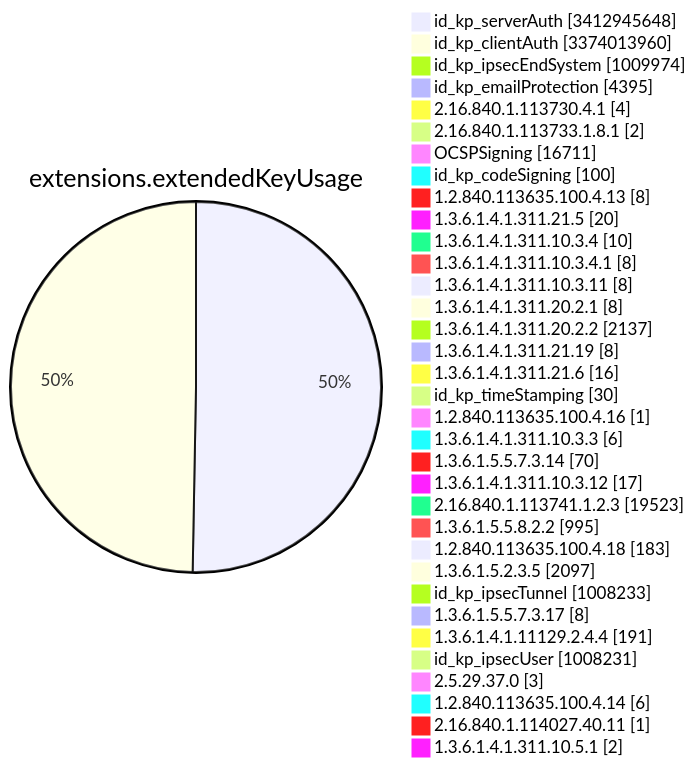
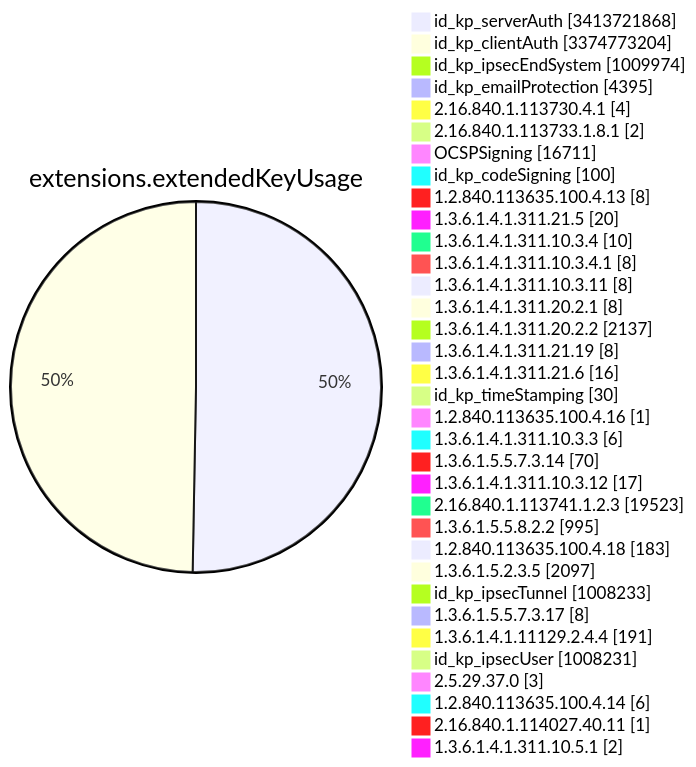
Before and after one commit to christiankrug/ctmonitor_visualization: diagram 11 of 15 in TOTAL/README.md, drawn with Mermaid. The commit also changed other lines of this file, not shown here.

````diff
--- a/TOTAL/README.md
+++ b/TOTAL/README.md
@@ -4121,38 +4121,38 @@
 ```mermaid
 pie showData
 title extensions.extendedKeyUsage
-"id_kp_serverAuth" :3412945648
-"id_kp_clientAuth" :3374013960
+"id_kp_serverAuth" :3413721868
+"id_kp_clientAuth" :3374773204
 "id_kp_ipsecEndSystem" :1009974
 "id_kp_emailProtection" :4395
 "2.16.840.1.113730.4.1" :4
 "2.16.840.1.113733.1.8.1" :2
 "OCSPSigning" :16711
 "id_kp_codeSigning" :100
 "1.2.840.113635.100.4.13" :8
 "1.3.6.1.4.1.311.21.5" :20
 "1.3.6.1.4.1.311.10.3.4" :10
 "1.3.6.1.4.1.311.10.3.4.1" :8
 "1.3.6.1.4.1.311.10.3.11" :8
 "1.3.6.1.4.1.311.20.2.1" :8
 "1.3.6.1.4.1.311.20.2.2" :2137
 "1.3.6.1.4.1.311.21.19" :8
 "1.3.6.1.4.1.311.21.6" :16
 "id_kp_timeStamping" :30
 "1.2.840.113635.100.4.16" :1
 "1.3.6.1.4.1.311.10.3.3" :6
 "1.3.6.1.5.5.7.3.14" :70
 "1.3.6.1.4.1.311.10.3.12" :17
 "2.16.840.1.113741.1.2.3" :19523
 "1.3.6.1.5.5.8.2.2" :995
 "1.2.840.113635.100.4.18" :183
 "1.3.6.1.5.2.3.5" :2097
 "id_kp_ipsecTunnel" :1008233
 "1.3.6.1.5.5.7.3.17" :8
 "1.3.6.1.4.1.11129.2.4.4" :191
 "id_kp_ipsecUser" :1008231
 "2.5.29.37.0" :3
 "1.2.840.113635.100.4.14" :6
 "2.16.840.1.114027.40.11" :1
 "1.3.6.1.4.1.311.10.5.1" :2
 ```
````
